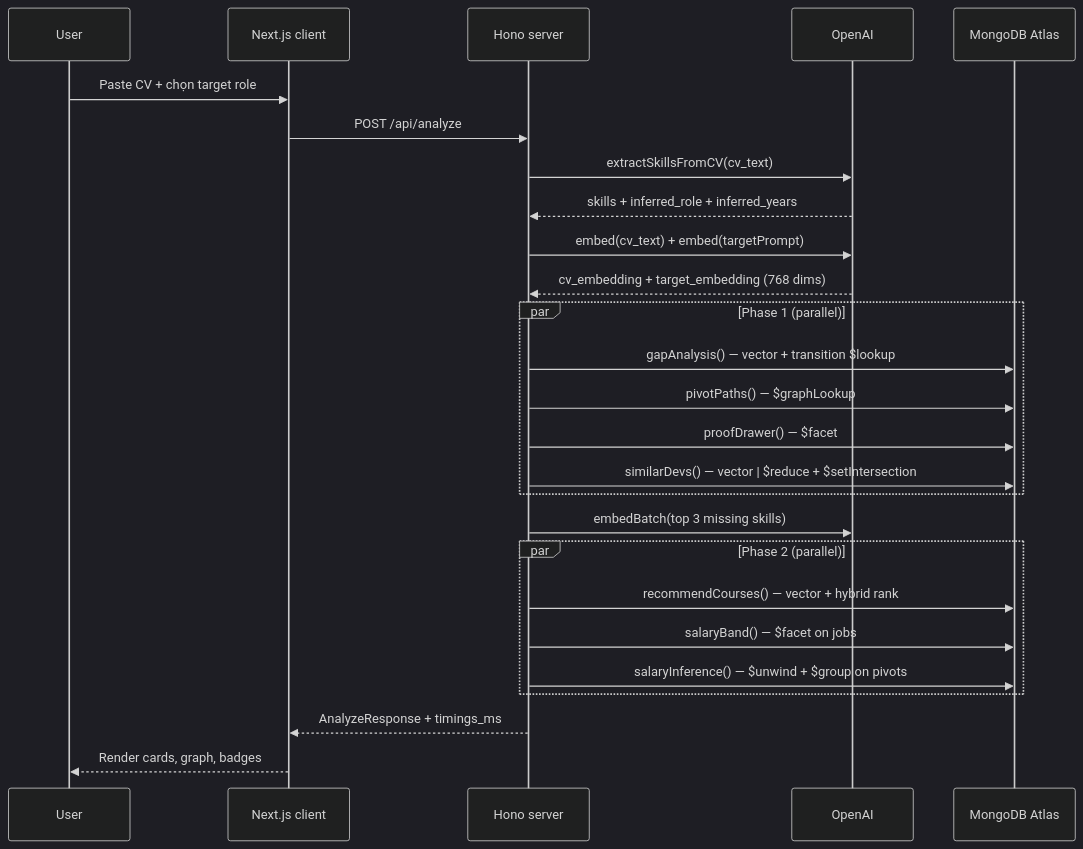
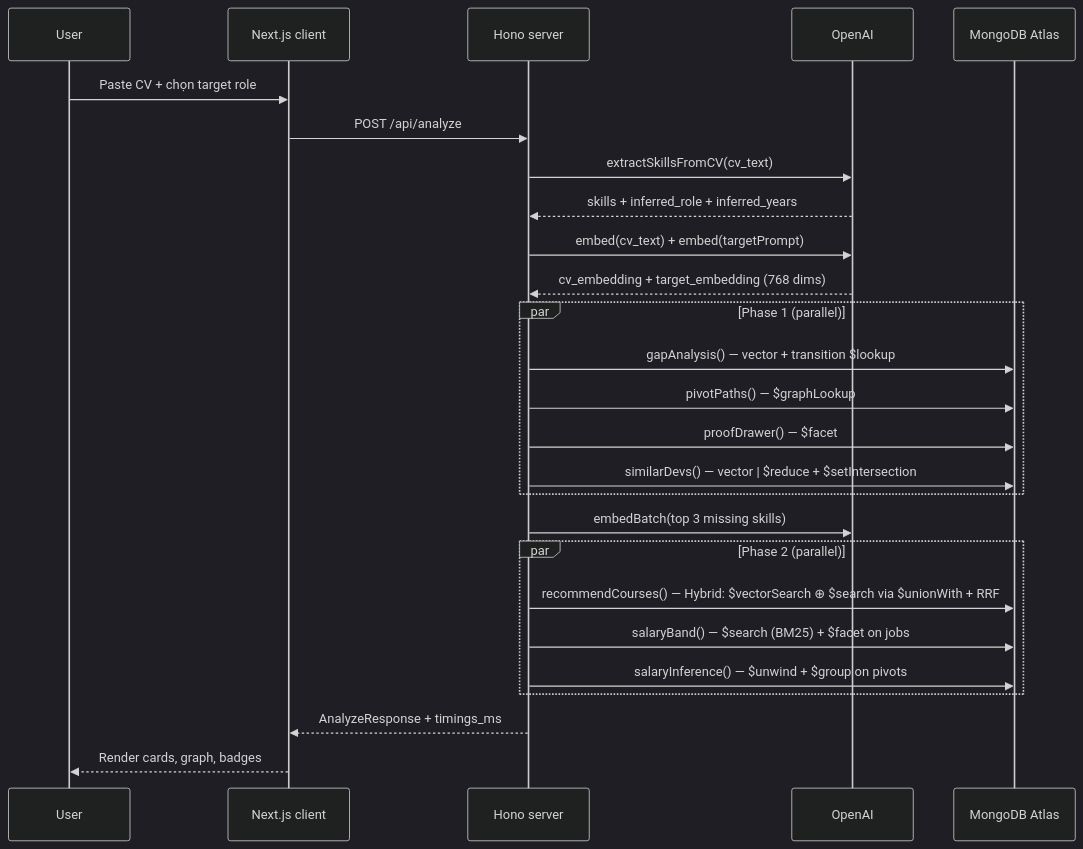
One commit to trahoangdev/path-finder changed the fourth of 15 diagrams in docs/TECHNICAL_DOC.md. Above: the diagram before and after it, drawn with Mermaid (dark theme). The commit also changed other lines of this file and 10 other files, not shown here.

Commit message:
feat: Add Atlas Search integration and hybrid RRF for course recommendations

````diff
--- a/docs/TECHNICAL_DOC.md
+++ b/docs/TECHNICAL_DOC.md
@@ -210,33 +215,33 @@
 ```mermaid
 sequenceDiagram
     participant U as User
     participant FE as Next.js client
     participant API as Hono server
     participant AI as OpenAI
     participant DB as MongoDB Atlas
 
     U->>FE: Paste CV + chọn target role
     FE->>API: POST /api/analyze
     API->>AI: extractSkillsFromCV(cv_text)
     AI-->>API: skills + inferred_role + inferred_years
     API->>AI: embed(cv_text) + embed(targetPrompt)
     AI-->>API: cv_embedding + target_embedding (768 dims)
 
     par Phase 1 (parallel)
       API->>DB: gapAnalysis() — vector + transition $lookup
       API->>DB: pivotPaths() — $graphLookup
       API->>DB: proofDrawer() — $facet
       API->>DB: similarDevs() — vector | $reduce + $setIntersection
     end
 
     API->>AI: embedBatch(top 3 missing skills)
 
     par Phase 2 (parallel)
-      API->>DB: recommendCourses() — vector + hybrid rank
-      API->>DB: salaryBand() — $facet on jobs
+      API->>DB: recommendCourses() — Hybrid: $vectorSearch ⊕ $search via $unionWith + RRF
+      API->>DB: salaryBand() — $search (BM25) + $facet on jobs
       API->>DB: salaryInference() — $unwind + $group on pivots
     end
 
     API-->>FE: AnalyzeResponse + timings_ms
     FE-->>U: Render cards, graph, badges
 ```
````
